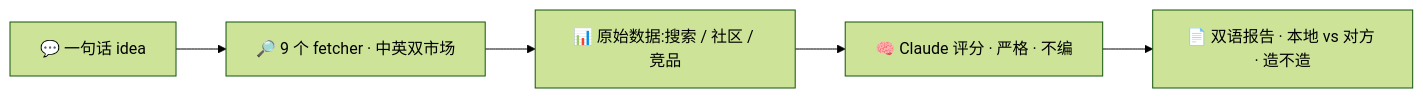
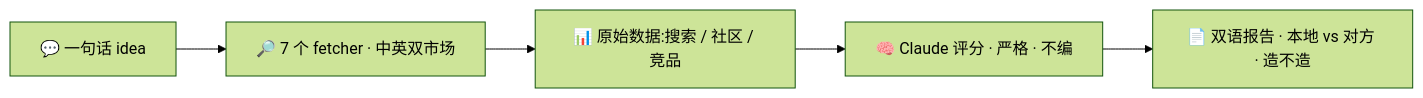
Before and after one commit to w932635477-bit/validate-idea: the diagram in README.zh-CN.md, drawn with Mermaid (forest theme). The commit also changed other lines of this file and 1 other file, not shown here.

Commit message:
docs: 修 fetcher 计数 9→7(实际数据源 baidu/brave/firecrawl/hn/lobsters/pullpush/zhihu)

````diff
--- a/README.zh-CN.md
+++ b/README.zh-CN.md
@@ -38,7 +38,7 @@
 ```mermaid
 flowchart LR
-  A["💬 一句话 idea"] --> B["🔎 9 个 fetcher · 中英双市场"]
+  A["💬 一句话 idea"] --> B["🔎 7 个 fetcher · 中英双市场"]
   B --> C["📊 原始数据:搜索 / 社区 / 竞品"]
   C --> D["🧠 Claude 评分 · 严格 · 不编"]
   D --> E["📄 双语报告 · 本地 vs 对方 · 造不造"]
 ```
````
